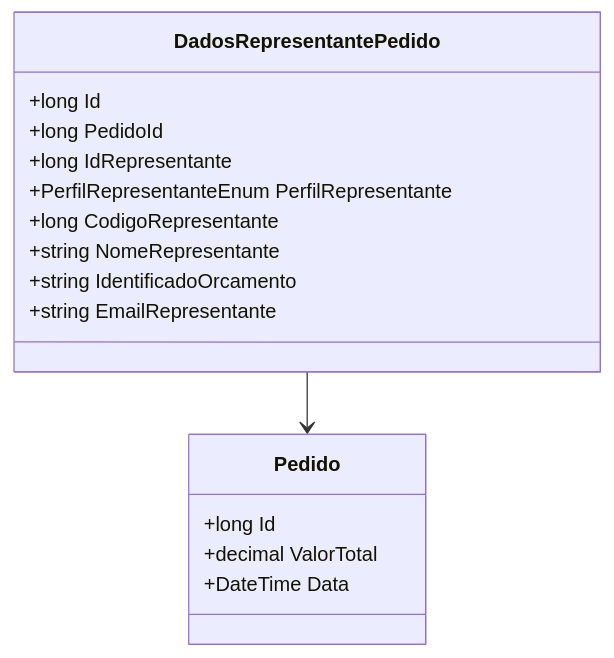
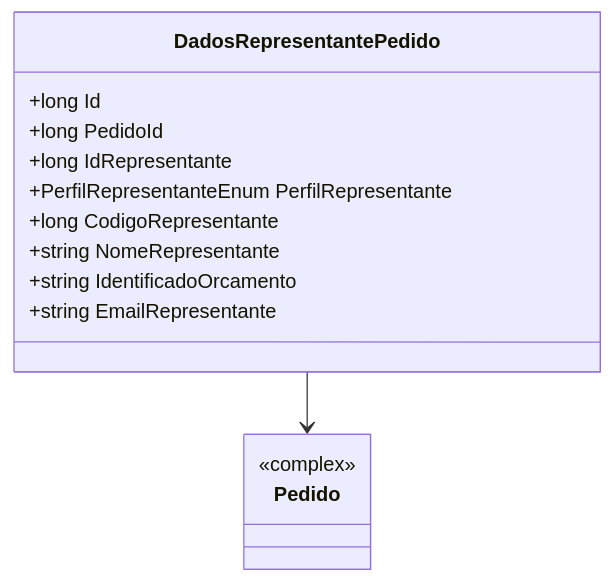
Before and after one commit to IsthmusSistemas/documentacao-tecnica: the diagram in docs/b2b-dominio/IsthmusWinthor.Nucleo/IsthmusWinthor.Dominio/Entidades/DadosRepresentantePedido.md, drawn with Mermaid. The commit also changed other lines of this file and 882 other files, not shown here.

````diff
--- a/docs/b2b-dominio/IsthmusWinthor.Nucleo/IsthmusWinthor.Dominio/Entidades/DadosRepresentantePedido.md
+++ b/docs/b2b-dominio/IsthmusWinthor.Nucleo/IsthmusWinthor.Dominio/Entidades/DadosRepresentantePedido.md
@@ -21,21 +18,17 @@
 ```mermaid
 classDiagram
     class DadosRepresentantePedido {
         +long Id
         +long PedidoId
         +long IdRepresentante
         +PerfilRepresentanteEnum PerfilRepresentante
         +long CodigoRepresentante
         +string NomeRepresentante
         +string IdentificadoOrcamento
         +string EmailRepresentante
     }
-    
     class Pedido {
-        +long Id
-        +decimal ValorTotal
-        +DateTime Data
+        <<complex>>
     }
-
     DadosRepresentantePedido --> Pedido
 ```
````
